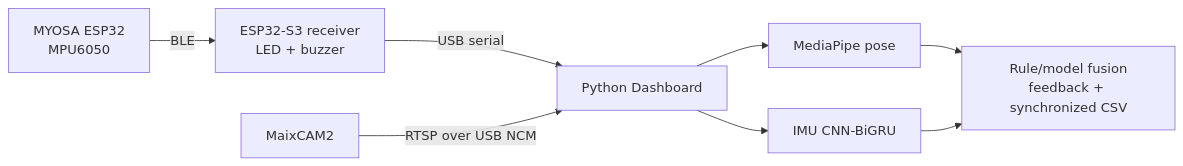
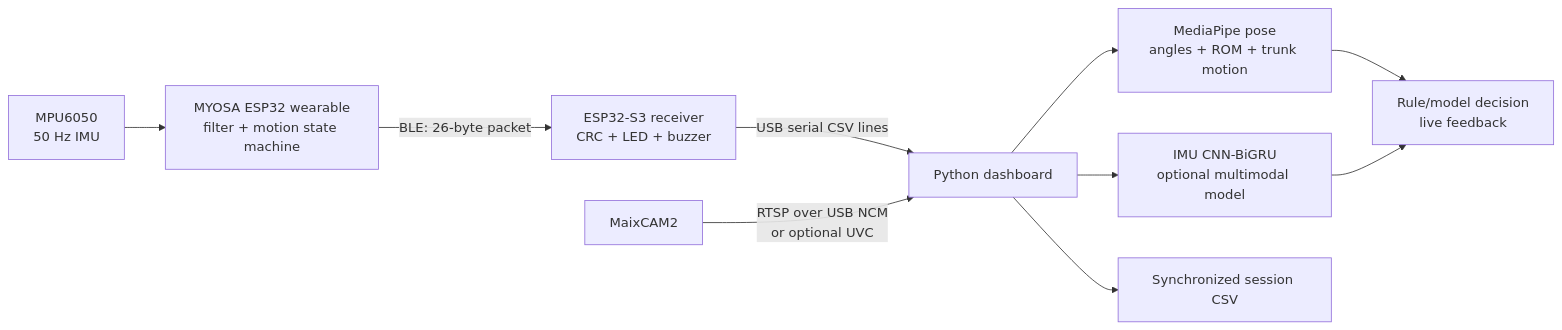
One commit to ydh0411/lite-rehab-mvp changed the diagram in README.md. Above: the diagram before and after it, drawn with Mermaid. The commit also changed other lines of this file and 1 other file, not shown here.

Commit message:
docs: document complete Python and C project structure

````diff
--- a/README.md
+++ b/README.md
@@ -31,10 +50,12 @@
 ```mermaid
 flowchart LR
-    W["MYOSA ESP32<br/>MPU6050"] -->|BLE| R["ESP32-S3 receiver<br/>LED + buzzer"]
-    R -->|USB serial| D["Python Dashboard"]
-    C["MaixCAM2"] -->|RTSP over USB NCM| D
-    D --> P["MediaPipe pose"]
-    D --> M["IMU CNN-BiGRU"]
-    P --> F["Rule/model fusion<br/>feedback + synchronized CSV"]
-    M --> F
+    MPU["MPU6050<br/>50 Hz IMU"] --> WEAR["MYOSA ESP32 wearable<br/>filter + motion state machine"]
+    WEAR -->|"BLE: 26-byte packet"| RECV["ESP32-S3 receiver<br/>CRC + LED + buzzer"]
+    RECV -->|"USB serial CSV lines"| DASH["Python dashboard"]
+    CAM["MaixCAM2"] -->|"RTSP over USB NCM<br/>or optional UVC"| DASH
+    DASH --> POSE["MediaPipe pose<br/>angles + ROM + trunk motion"]
+    DASH --> MODEL["IMU CNN-BiGRU<br/>optional multimodal model"]
+    POSE --> FUSE["Rule/model decision<br/>live feedback"]
+    MODEL --> FUSE
+    DASH --> LOG["Synchronized session CSV"]
 ```
````
